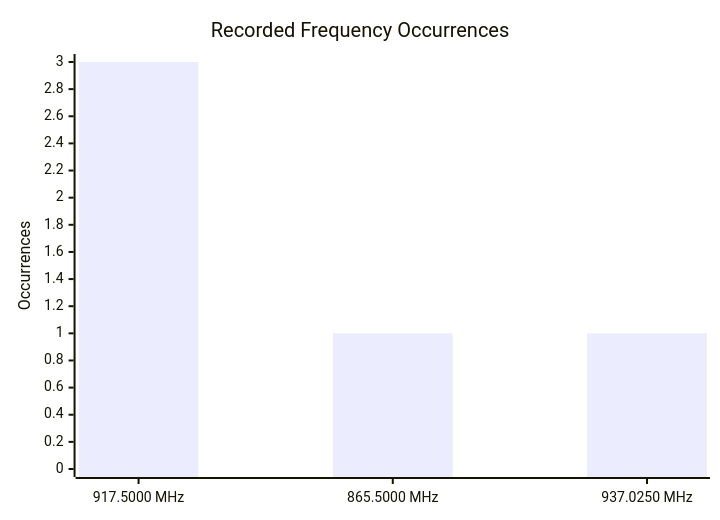
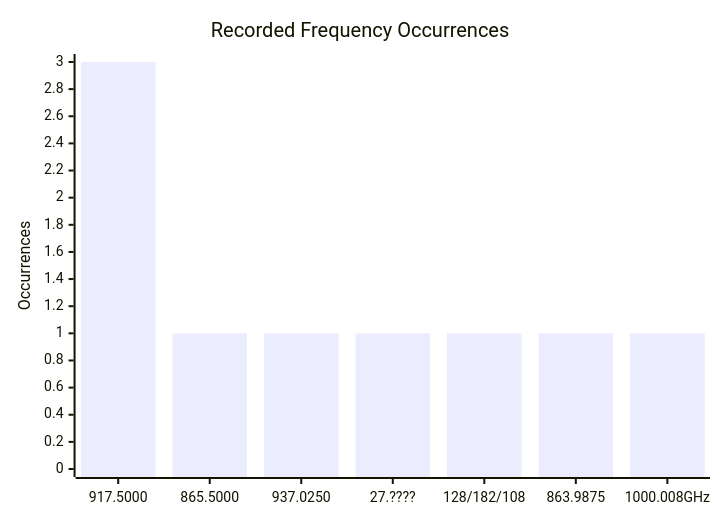
Before and after one commit to DuckyOnQuack-999/ELECTROMAGNETIC-AUDIO-TRANSDUCTION-AND-DEMODULATION: the fifth of 10 diagrams in README.md, drawn with Mermaid. The commit also changed other lines of this file, not shown here.

````diff
--- a/README.md
+++ b/README.md
@@ -478,7 +690,7 @@
 ```mermaid
 xychart-beta
     title "Recorded Frequency Occurrences"
-    x-axis ["917.5000 MHz", "865.5000 MHz", "937.0250 MHz"]
+    x-axis ["917.5000", "865.5000", "937.0250", "27.????", "128/182/108", "863.9875", "1000.008GHz"]
     y-axis "Occurrences" 0 --> 3
-    bar [3, 1, 1]
+    bar [3, 1, 1, 1, 1, 1, 1]
 ```
````
